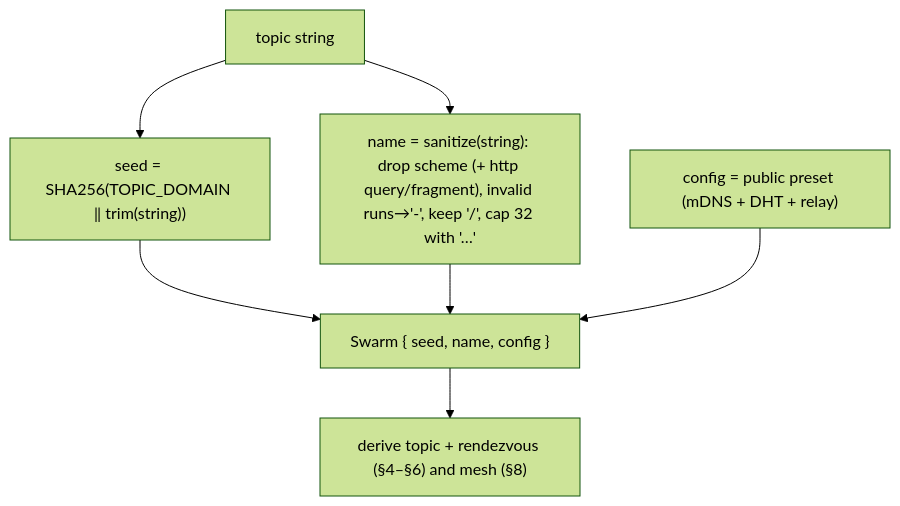
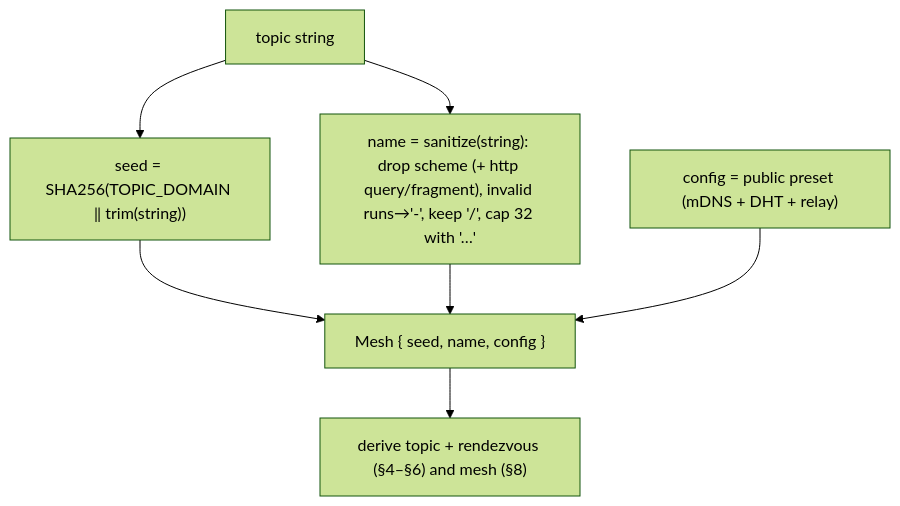
One commit to agent-habilis/agent-gossip changed the fourth of 6 diagrams in docs/discovery.md. Above: the diagram before and after it, drawn with Mermaid (forest theme). The commit also changed other lines of this file and 382 other files, not shown here.

First line of the commit message:
refactor: rename agent-gossip to agent-mesh and swarm to mesh

````diff
--- a/docs/discovery.md
+++ b/docs/discovery.md
@@ -253,10 +253,10 @@
 ```mermaid
 flowchart TB
     S["topic string"]
     S --> H["seed = SHA256(TOPIC_DOMAIN ‖ trim(string))"]
     S --> N["name = sanitize(string): drop scheme (+ http query/fragment), invalid runs→'-', keep '/', cap 32 with '…'"]
-    H --> Sw["Swarm { seed, name, config }"]
+    H --> Sw["Mesh { seed, name, config }"]
     N --> Sw
     C["config = public preset (mDNS + DHT + relay)"] --> Sw
     Sw --> T["derive topic + rendezvous (§4–§6) and mesh (§8)"]
 ```
````
